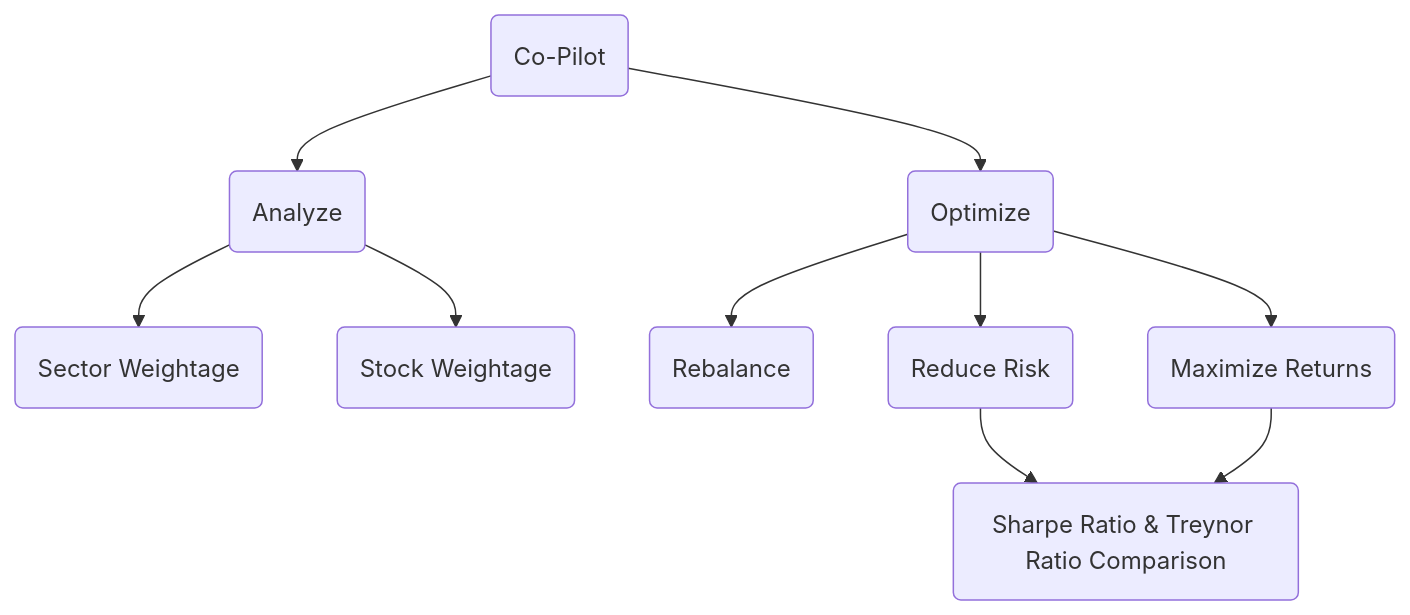
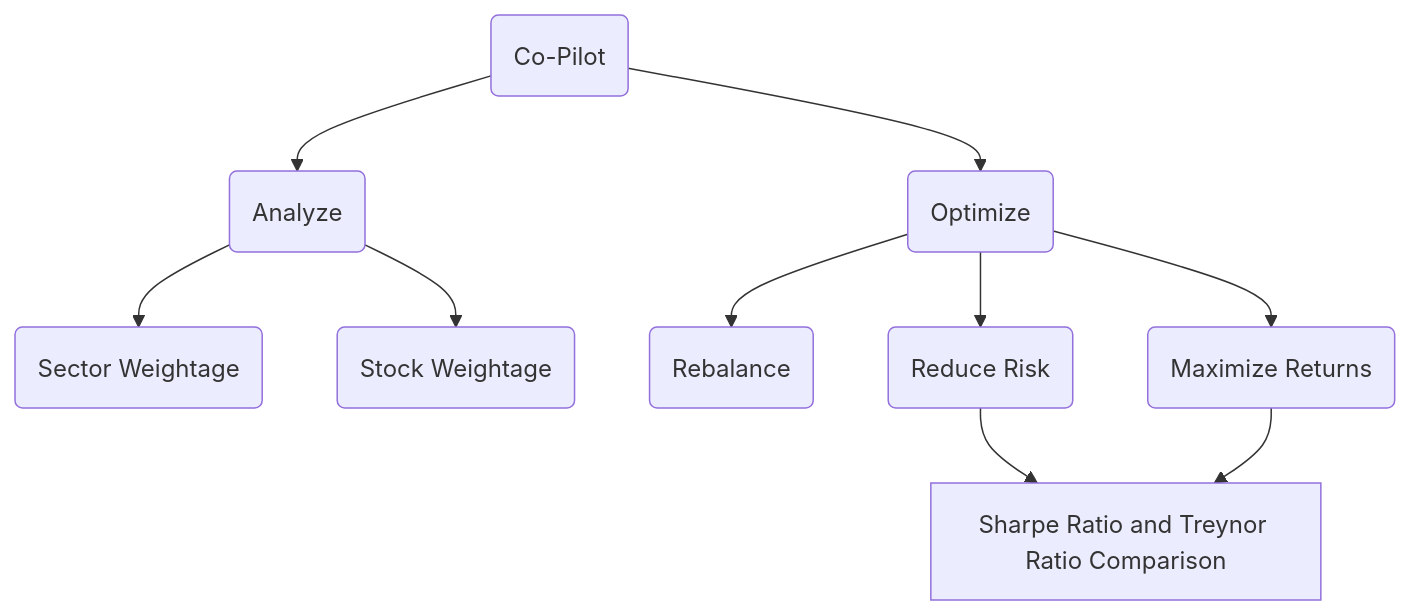
The diagram in README.md (hirawatt/finance-tools), drawn with Mermaid before and after one commit. The commit also changed 6 other files, not shown here.

First line of the commit message:
fix: render mermaid diagrams and polish app usability

````diff
--- a/README.md
+++ b/README.md
@@ -147,7 +147,7 @@
 ```mermaid
-graph TD;
+flowchart TD
     A(Co-Pilot) --> B(Analyze) & C(Optimize)
     B --> D(Sector Weightage) & E(Stock Weightage)
     C --> F(Rebalance) & G(Reduce Risk) & H(Maximize Returns)
-    G & H --> I(Sharpe Ratio & Treynor Ratio Comparison)
+    G & H --> I["Sharpe Ratio and Treynor Ratio Comparison"]
 ```
````
